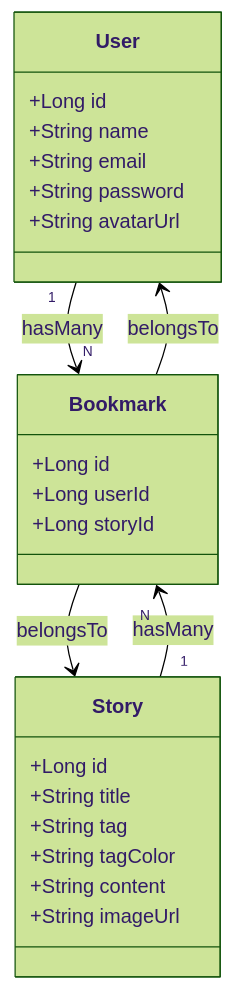
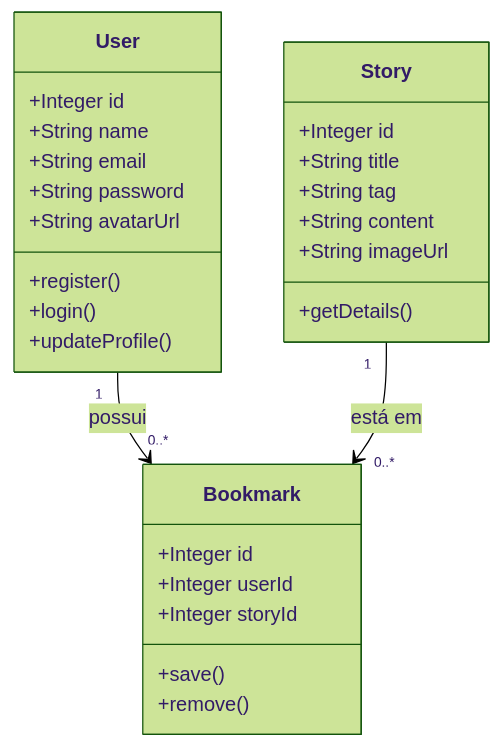
Before and after one commit to beatrizzcoan/filosofiaemperspectiva: the first of 3 diagrams in RELATORIO.md, drawn with Mermaid (forest theme). The commit also changed other lines of this file, not shown here.

Commit message:
fix: update technical report with use cases and diagrams

`````diff
--- a/RELATORIO.md
+++ b/RELATORIO.md
@@ -65,30 +145,33 @@
 ```mermaid
 classDiagram
     class User {
-        +Long id
+        +Integer id
         +String name
         +String email
         +String password
         +String avatarUrl
+        +register()
+        +login()
+        +updateProfile()
     }
 
     class Story {
-        +Long id
+        +Integer id
         +String title
         +String tag
-        +String tagColor
         +String content
         +String imageUrl
+        +getDetails()
     }
 
     class Bookmark {
-        +Long id
-        +Long userId
-        +Long storyId
+        +Integer id
+        +Integer userId
+        +Integer storyId
+        +save()
+        +remove()
     }
 
-    User "1" --> "N" Bookmark : hasMany
-    Story "1" --> "N" Bookmark : hasMany
-    Bookmark --> User : belongsTo
-    Bookmark --> Story : belongsTo
+    User "1" --> "0..*" Bookmark : possui
+    Story "1" --> "0..*" Bookmark : está em
 ````
`````
